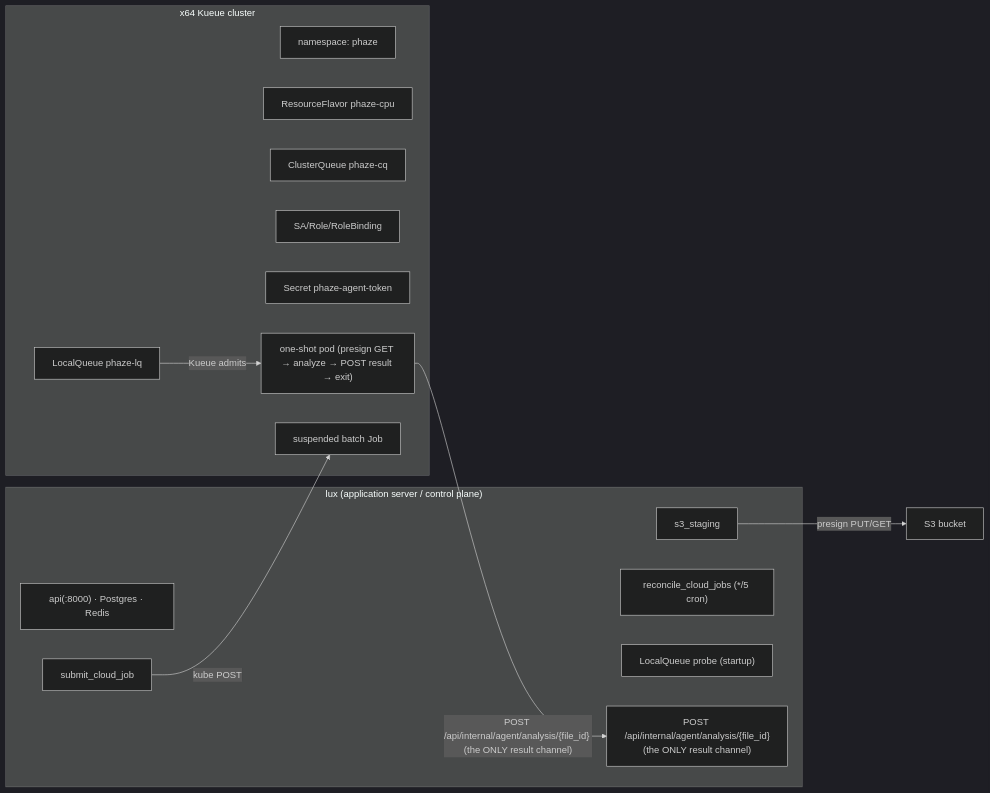
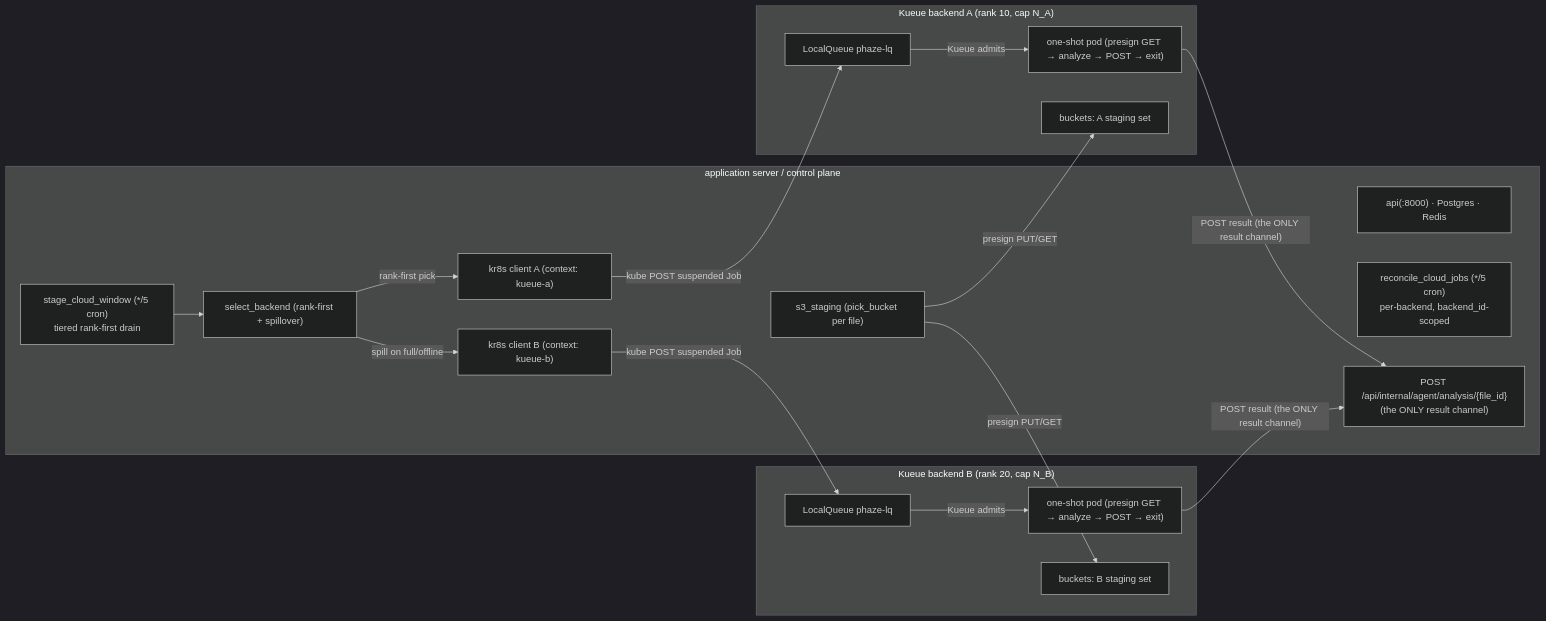
The first of 2 diagrams in docs/k8s-burst.md (SimplicityGuy/phaze), drawn with Mermaid (dark theme) before and after one commit. The commit also changed other lines of this file and 16 other files, not shown here.

````diff
--- a/docs/k8s-burst.md
+++ b/docs/k8s-burst.md
@@ -40,27 +54,35 @@
 ```mermaid
 flowchart LR
   %% transport-agnostic mesh (Tailscale OR WireGuard)
-  subgraph lux["lux (application server / control plane)"]
+  subgraph lux["application server / control plane"]
     luxsvc["api(:8000) · Postgres · Redis"]
-    s3_staging["s3_staging"]
-    submit_cloud_job["submit_cloud_job"]
-    reconcile["reconcile_cloud_jobs (*/5 cron)"]
-    lqprobe["LocalQueue probe (startup)"]
+    drain["stage_cloud_window (*/5 cron)<br/>tiered rank-first drain"]
+    selbk["select_backend (rank-first + spillover)"]
+    s3_staging["s3_staging (pick_bucket per file)"]
+    reconcile["reconcile_cloud_jobs (*/5 cron)<br/>per-backend, backend_id-scoped"]
+    kc_a["kr8s client A (context: kueue-a)"]
+    kc_b["kr8s client B (context: kueue-b)"]
     callback["POST /api/internal/agent/analysis/{file_id}<br/>(the ONLY result channel)"]
   end
-  s3bucket["S3 bucket"]
-  subgraph cluster["x64 Kueue cluster"]
-    ns["namespace: phaze"]
-    rf["ResourceFlavor phaze-cpu"]
-    cq["ClusterQueue phaze-cq"]
-    lq["LocalQueue phaze-lq"]
-    rbac["SA/Role/RoleBinding"]
-    secret["Secret phaze-agent-token"]
-    job["suspended batch Job"]
-    pod["one-shot pod (presign GET → analyze → POST result → exit)"]
+  subgraph clusterA["Kueue backend A (rank 10, cap N_A)"]
+    lqA["LocalQueue phaze-lq"]
+    podA["one-shot pod (presign GET → analyze → POST → exit)"]
+    bktA["buckets: A staging set"]
   end
-  s3_staging -->|"presign PUT/GET"| s3bucket
-  submit_cloud_job -->|"kube POST"| job
-  lq -->|"Kueue admits"| pod
-  pod -->|"POST /api/internal/agent/analysis/{file_id} (the ONLY result channel)"| callback
+  subgraph clusterB["Kueue backend B (rank 20, cap N_B)"]
+    lqB["LocalQueue phaze-lq"]
+    podB["one-shot pod (presign GET → analyze → POST → exit)"]
+    bktB["buckets: B staging set"]
+  end
+  drain --> selbk
+  selbk -->|"rank-first pick"| kc_a
+  selbk -->|"spill on full/offline"| kc_b
+  kc_a -->|"kube POST suspended Job"| lqA
+  kc_b -->|"kube POST suspended Job"| lqB
+  s3_staging -->|"presign PUT/GET"| bktA
+  s3_staging -->|"presign PUT/GET"| bktB
+  lqA -->|"Kueue admits"| podA
+  lqB -->|"Kueue admits"| podB
+  podA -->|"POST result (the ONLY result channel)"| callback
+  podB -->|"POST result (the ONLY result channel)"| callback
 ```
````
